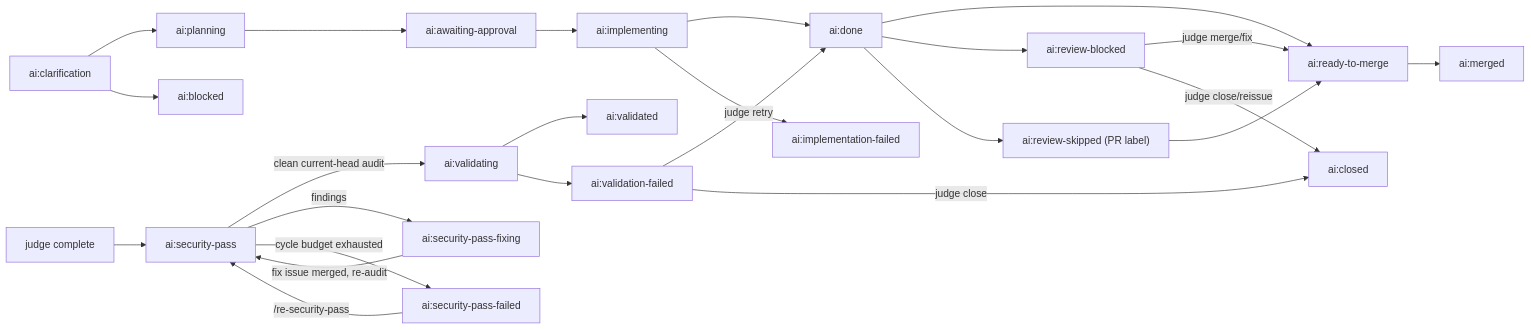
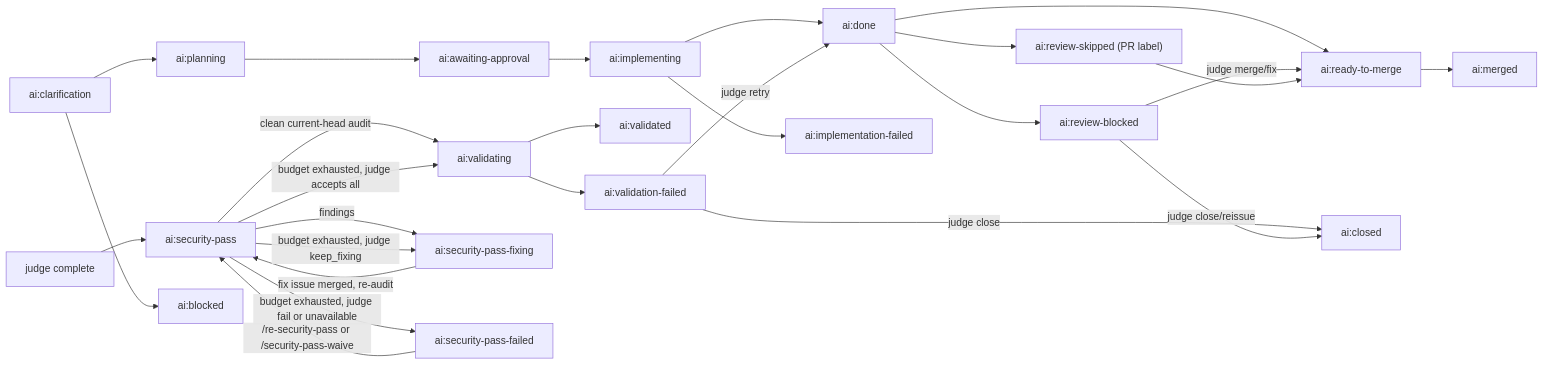
The diagram in docs/how-it-works.md (shubhodeep1/coding-workflows), drawn with Mermaid before and after one commit. The commit also changed other lines of this file and 15 other files, not shown here.

First line of the commit message:
Orchestrator: judge security-pass exhaustion instead of parking the project for a human (#4074)

````diff
--- a/docs/how-it-works.md
+++ b/docs/how-it-works.md
@@ -13,31 +13,33 @@
 ```mermaid
 flowchart LR
   clarification["ai:clarification"] --> planning["ai:planning"]
   planning --> awaiting["ai:awaiting-approval"]
   awaiting --> implementing["ai:implementing"]
   implementing --> done["ai:done"]
   done --> ready["ai:ready-to-merge"]
   ready --> merged["ai:merged"]
 
   security_entry["judge complete"] --> security_pass["ai:security-pass"]
   security_pass -->|clean current-head audit| validating["ai:validating"]
   security_pass -->|findings| security_pass_fixing["ai:security-pass-fixing"]
   security_pass_fixing -->|fix issue merged, re-audit| security_pass
-  security_pass -->|cycle budget exhausted| security_pass_failed["ai:security-pass-failed"]
-  security_pass_failed -->|/re-security-pass| security_pass
+  security_pass -->|budget exhausted, judge accepts all| validating
+  security_pass -->|budget exhausted, judge keep_fixing| security_pass_fixing
+  security_pass -->|budget exhausted, judge fail or unavailable| security_pass_failed["ai:security-pass-failed"]
+  security_pass_failed -->|/re-security-pass or /security-pass-waive| security_pass
 
   validating --> validated["ai:validated"]
   validating --> validation_failed["ai:validation-failed"]
   validation_failed -->|judge retry| done
   validation_failed -->|judge close| closed["ai:closed"]
 
   clarification --> blocked["ai:blocked"]
   implementing --> implementation_failed["ai:implementation-failed"]
 
   done --> review_blocked["ai:review-blocked"]
   review_blocked -->|judge merge/fix| ready
   review_blocked -->|judge close/reissue| closed
 
   done --> review_skipped["ai:review-skipped (PR label)"]
   review_skipped --> ready
 ```
````
